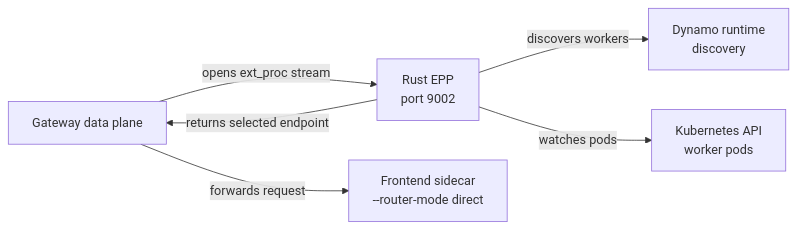
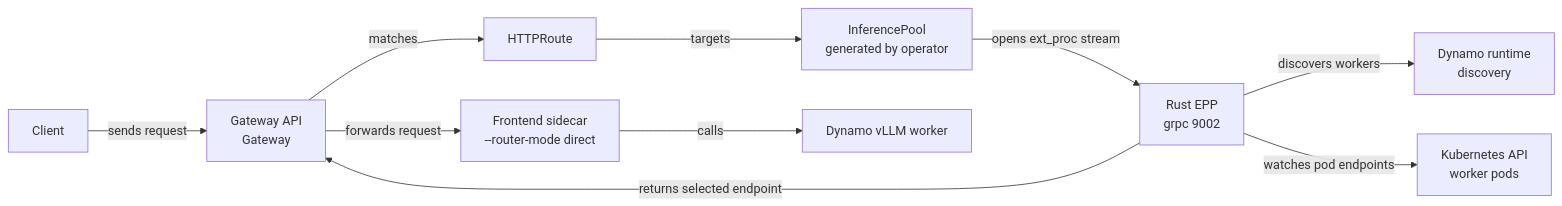
One commit to ai-dynamo/dynamo changed the diagram in docs/kubernetes/gateway-api/experimental-rust-epp.mdx. Above: the diagram before and after it, drawn with Mermaid. The commit also changed other lines of this file, not shown here.

Commit message:
docs/gateway-api: address sschimanski rust epp walkthrough

````diff
--- a/docs/kubernetes/gateway-api/experimental-rust-epp.mdx
+++ b/docs/kubernetes/gateway-api/experimental-rust-epp.mdx
@@ -22,8 +24,12 @@
 ```mermaid
 flowchart LR
-    Gateway["Gateway data plane"] -->|"opens ext_proc stream"| RustEPP["Rust EPP<br/>port 9002"]
+    Client["Client"] -->|"sends request"| Gateway["Gateway API<br/>Gateway"]
+    Gateway -->|"matches"| Route["HTTPRoute"]
+    Route -->|"targets"| Pool["InferencePool<br/>generated by operator"]
+    Pool -->|"opens ext_proc stream"| RustEPP["Rust EPP<br/>grpc 9002"]
     RustEPP -->|"discovers workers"| Runtime["Dynamo runtime<br/>discovery"]
-    RustEPP -->|"watches pods"| Kubernetes["Kubernetes API<br/>worker pods"]
+    RustEPP -->|"watches pod endpoints"| Kubernetes["Kubernetes API<br/>worker pods"]
     RustEPP -->|"returns selected endpoint"| Gateway
     Gateway -->|"forwards request"| Sidecar["Frontend sidecar<br/>--router-mode direct"]
+    Sidecar -->|"calls"| Worker["Dynamo vLLM worker"]
 ```
````
